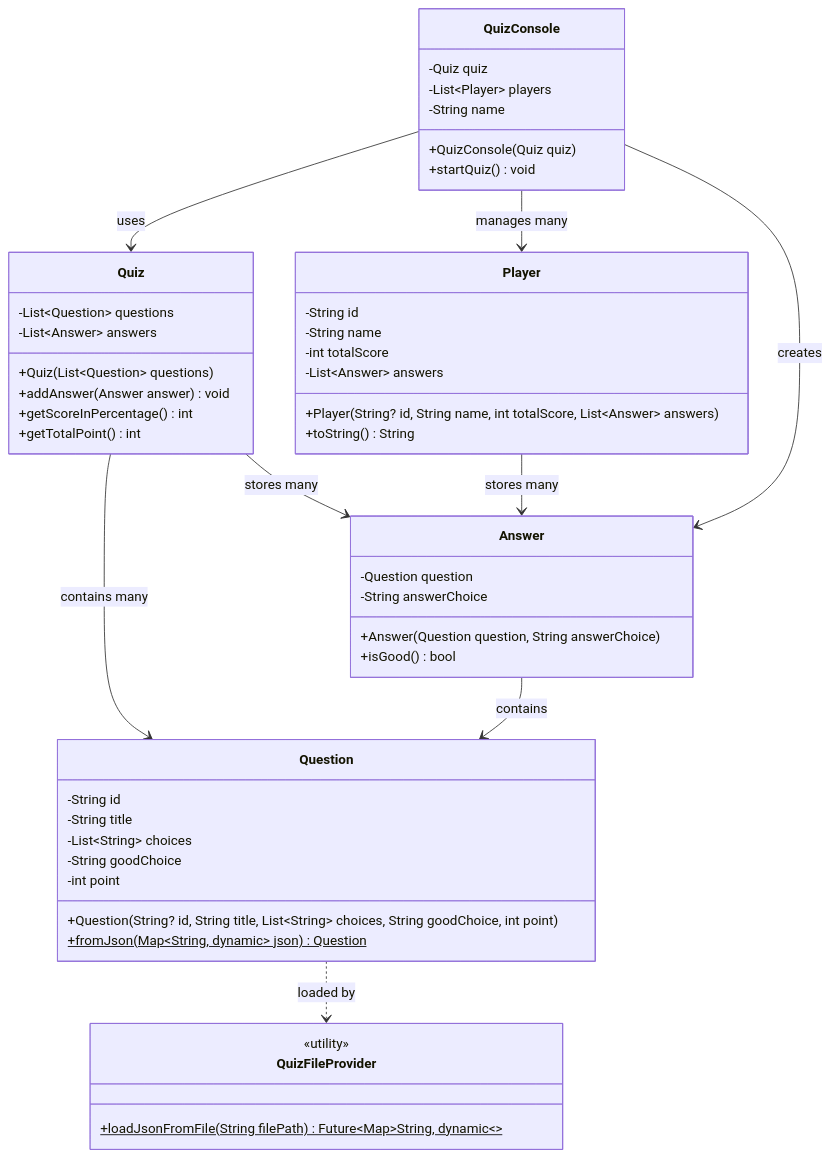
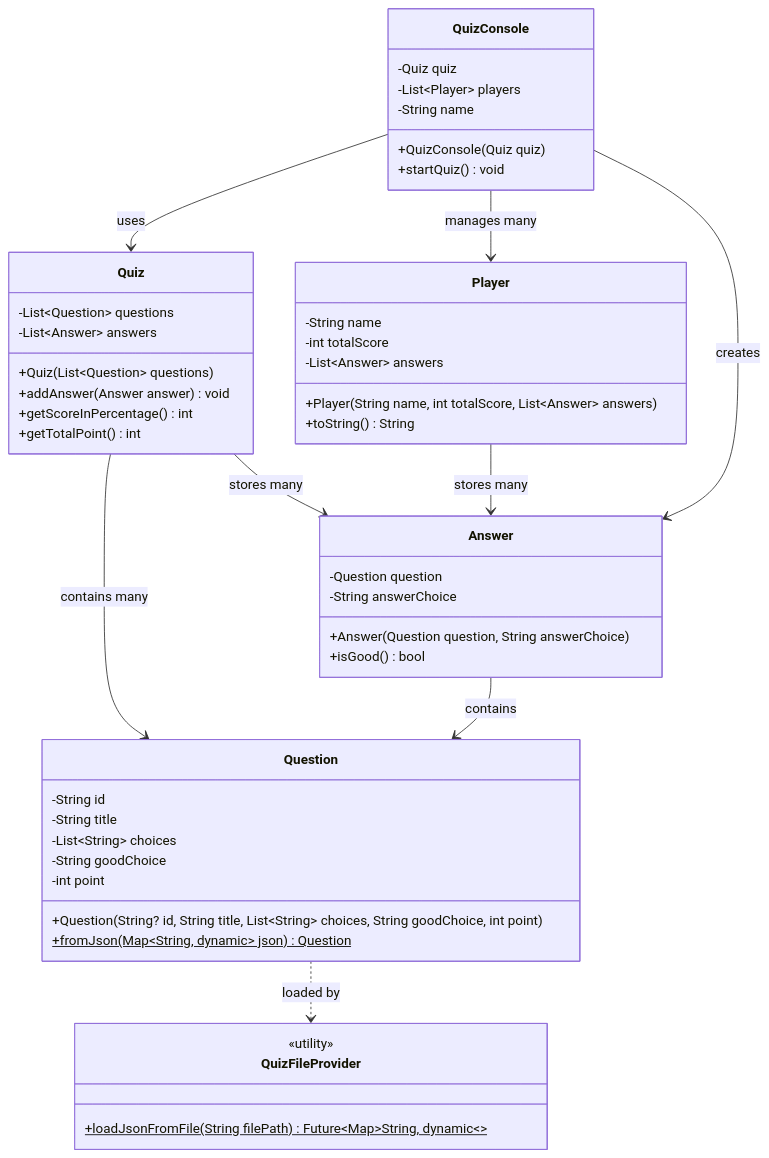
The diagram in README.md (LK-Hour/Quiz), drawn with Mermaid before and after one commit.

Commit message:
Update UML diagram

````diff
--- a/README.md
+++ b/README.md
@@ -33,59 +33,58 @@
 ```mermaid
 classDiagram
     class Question {
         -String id
         -String title
         -List~String~ choices
         -String goodChoice
         -int point
         +Question(String? id, String title, List~String~ choices, String goodChoice, int point)
         +fromJson(Map~String, dynamic~ json)$ Question
     }
 
     class Answer {
         -Question question
         -String answerChoice
         +Answer(Question question, String answerChoice)
         +isGood() bool
     }
 
     class Quiz {
         -List~Question~ questions
         -List~Answer~ answers
         +Quiz(List~Question~ questions)
         +addAnswer(Answer answer) void
         +getScoreInPercentage() int
         +getTotalPoint() int
     }
 
     class Player {
-        -String id
         -String name
         -int totalScore
         -List~Answer~ answers
-        +Player(String? id, String name, int totalScore, List~Answer~ answers)
+        +Player(String name, int totalScore, List~Answer~ answers)
         +toString() String
     }
 
     class QuizConsole {
         -Quiz quiz
         -List~Player~ players
         -String name
         +QuizConsole(Quiz quiz)
         +startQuiz() void
     }
 
     class QuizFileProvider {
         <<utility>>
         +loadJsonFromFile(String filePath)$ Future~Map~String, dynamic~~
     }
 
     Answer --> Question : contains
     Quiz --> Question : contains many
     Quiz --> Answer : stores many
     QuizConsole --> Quiz : uses
     QuizConsole --> Player : manages many
     QuizConsole --> Answer : creates
     Player --> Answer : stores many
     Question ..> QuizFileProvider : loaded by
 ```
````
